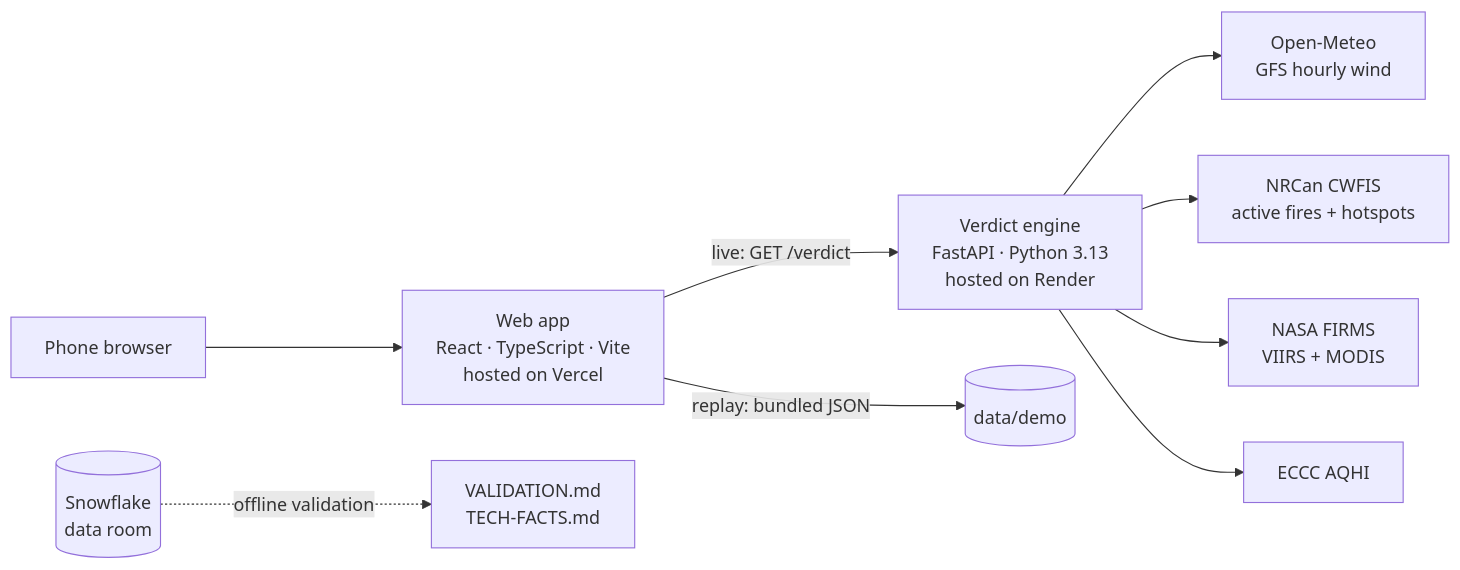
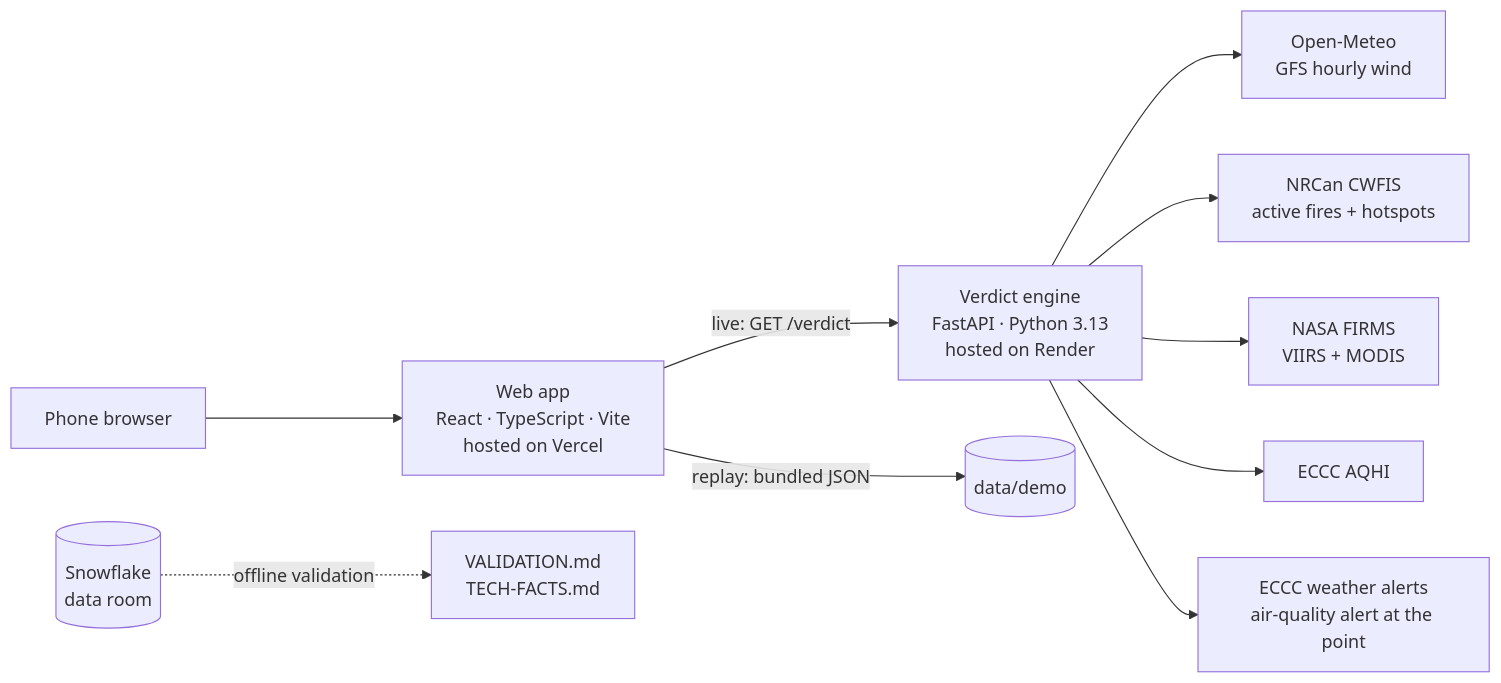
One commit to SoufianeAmr/smoke-or-fire changed the diagram in README.md. Above: the diagram before and after it, drawn with Mermaid. The commit also changed other lines of this file and 59 other files, not shown here.

````diff
--- a/README.md
+++ b/README.md
@@ -48,11 +50,12 @@
 ```mermaid
 flowchart LR
   U["Phone browser"] --> W["Web app<br/>React · TypeScript · Vite<br/>hosted on Vercel"]
   W -->|live: GET /verdict| E["Verdict engine<br/>FastAPI · Python 3.13<br/>hosted on Render"]
   W -->|replay: bundled JSON| R[("data/demo")]
   E --> OM["Open-Meteo<br/>GFS hourly wind"]
   E --> CW["NRCan CWFIS<br/>active fires + hotspots"]
   E --> FI["NASA FIRMS<br/>VIIRS + MODIS"]
   E --> AQ["ECCC AQHI"]
+  E --> AL["ECCC weather alerts<br/>air-quality alert at the point"]
   S[("Snowflake<br/>data room")] -.->|offline validation| V["VALIDATION.md<br/>TECH-FACTS.md"]
 ```
````
